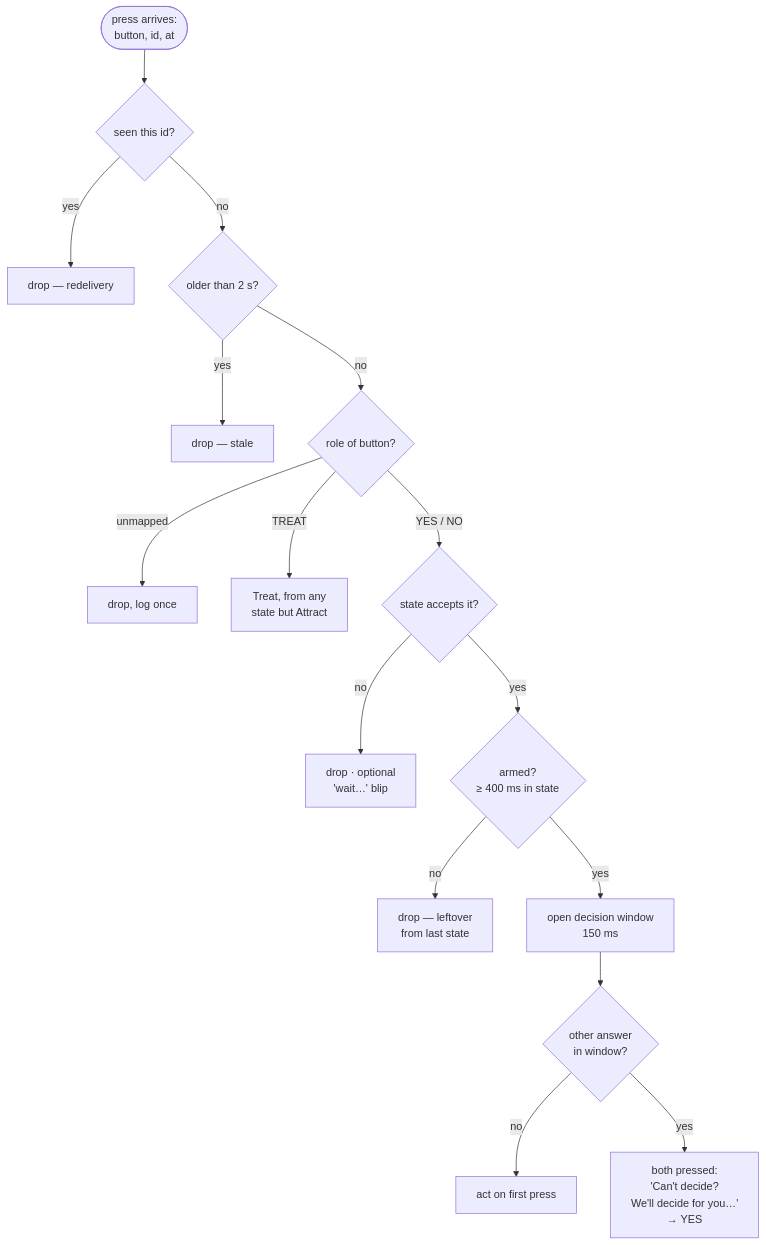
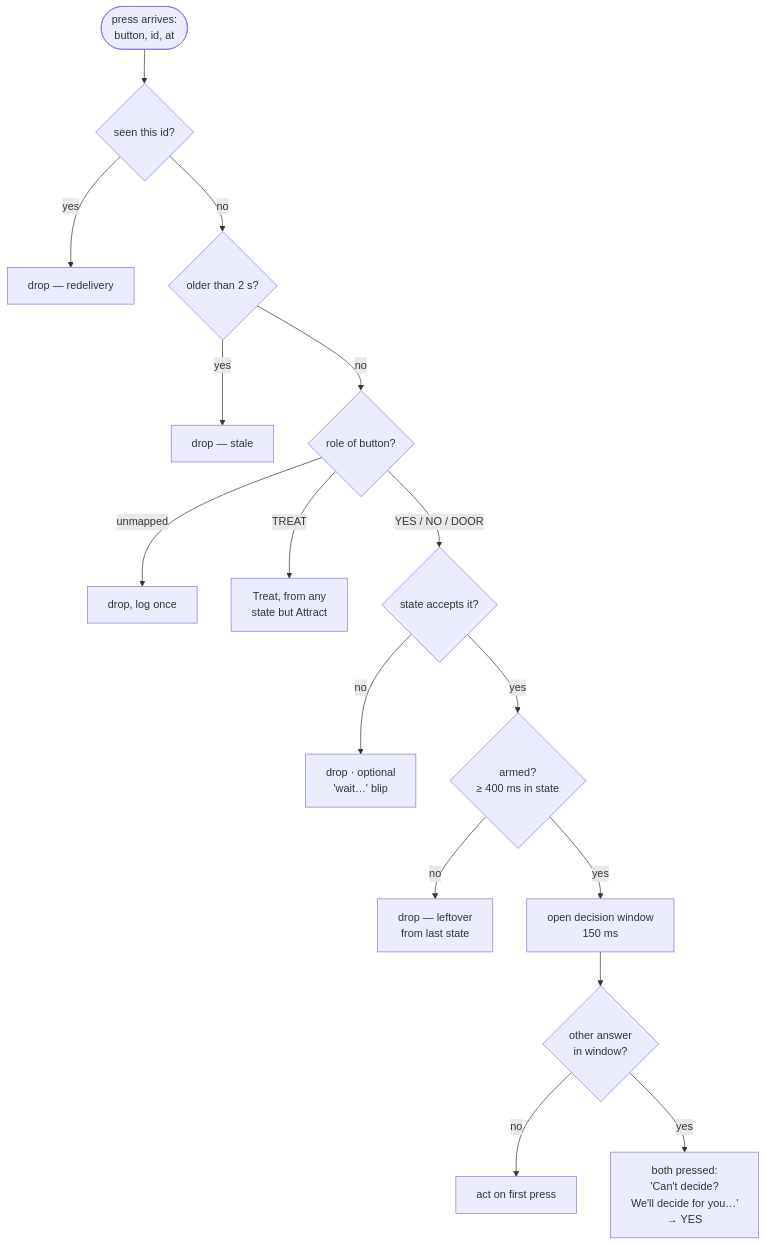
Before and after one commit to paperclipmonkey/facade-mapper: the third of 4 diagrams in docs/button-game.md, drawn with Mermaid. The commit also changed other lines of this file and 17 other files, not shown here.

First line of the commit message:
Dare game: state machine, tests, live diagram, Game panel and remote tab

````diff
--- a/docs/button-game.md
+++ b/docs/button-game.md
@@ -142,18 +200,18 @@
 ```mermaid
 flowchart TD
   P([press arrives:<br/>button, id, at]) --> D{seen this id?}
   D -->|yes| X1[drop — redelivery]
   D -->|no| S{older than 2 s?}
   S -->|yes| X2[drop — stale]
   S -->|no| R{role of button?}
   R -->|unmapped| X3[drop, log once]
   R -->|TREAT| TR[Treat, from any<br/>state but Attract]
-  R -->|YES / NO| L{state accepts it?}
+  R -->|YES / NO / DOOR| L{state accepts it?}
   L -->|no| FB[drop · optional<br/>'wait…' blip]
   L -->|yes| AR{armed?<br/>≥ 400 ms in state}
   AR -->|no| X4[drop — leftover<br/>from last state]
   AR -->|yes| W[open decision window<br/>150 ms]
   W --> C{other answer<br/>in window?}
   C -->|no| GO[act on first press]
   C -->|yes| BOTH[both pressed:<br/>'Can't decide?<br/>We'll decide for you…'<br/>→ YES]
 ```
````
